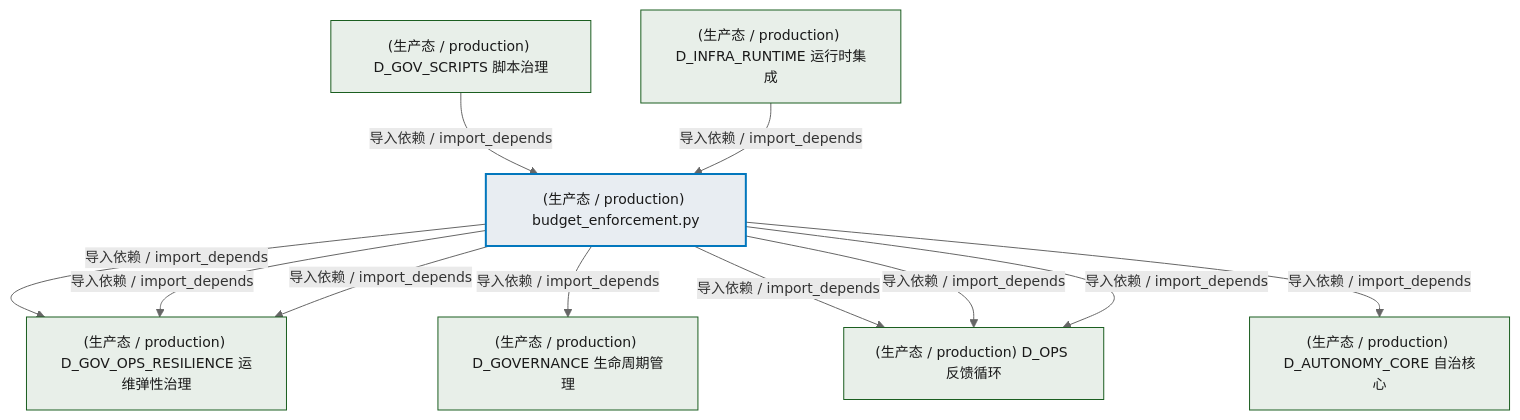
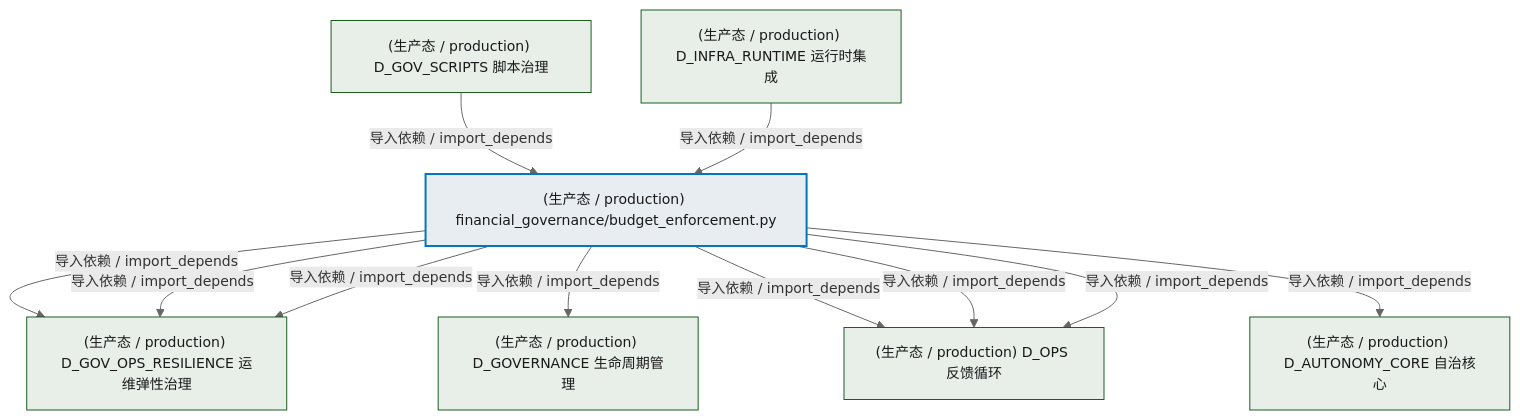
Before and after one commit to xuanFelixVan/ZephyrAlpha: the second of 3 diagrams in docs/02_enterprise_architecture/02_domain_architecture_docs/54_d_gov_repair.md, drawn with Mermaid. The commit also changed other lines of this file and 63 other files, not shown here.

````diff
--- a/docs/02_enterprise_architecture/02_domain_architecture_docs/54_d_gov_repair.md
+++ b/docs/02_enterprise_architecture/02_domain_architecture_docs/54_d_gov_repair.md
@@ -93,27 +93,27 @@
 ```mermaid
 %%{init: {'theme': 'base', 'themeVariables': {'primaryColor': '#eaeaea', 'primaryTextColor': '#333333', 'primaryBorderColor': '#666666', 'lineColor': '#666666', 'secondaryColor': '#eaeaea', 'tertiaryColor': '#eaeaea', 'fontSize': '14px'}}}%%
 flowchart TD
-    src_zephyr_governance_financial_governance_budget_enforcement_py["(生产态 / production) budget_enforcement.py"]
+    src_zephyr_governance_financial_governance_budget_enforcement_py["(生产态 / production) financial_governance/budget_enforcement.py"]
     D_GOV_OPS_RESILIENCE["(生产态 / production) D_GOV_OPS_RESILIENCE 运维弹性治理"]
     src_zephyr_governance_financial_governance_budget_enforcement_py -->|导入依赖 / import_depends| D_GOV_OPS_RESILIENCE
     D_GOVERNANCE["(生产态 / production) D_GOVERNANCE 生命周期管理"]
     src_zephyr_governance_financial_governance_budget_enforcement_py -->|导入依赖 / import_depends| D_GOVERNANCE
     src_zephyr_governance_financial_governance_budget_enforcement_py -->|导入依赖 / import_depends| D_GOV_OPS_RESILIENCE
     D_OPS["(生产态 / production) D_OPS 反馈循环"]
     src_zephyr_governance_financial_governance_budget_enforcement_py -->|导入依赖 / import_depends| D_OPS
     D_AUTONOMY_CORE["(生产态 / production) D_AUTONOMY_CORE 自治核心"]
     src_zephyr_governance_financial_governance_budget_enforcement_py -->|导入依赖 / import_depends| D_AUTONOMY_CORE
     src_zephyr_governance_financial_governance_budget_enforcement_py -->|导入依赖 / import_depends| D_OPS
     src_zephyr_governance_financial_governance_budget_enforcement_py -->|导入依赖 / import_depends| D_GOV_OPS_RESILIENCE
     src_zephyr_governance_financial_governance_budget_enforcement_py -->|导入依赖 / import_depends| D_OPS
     D_GOV_SCRIPTS["(生产态 / production) D_GOV_SCRIPTS 脚本治理"]
     D_GOV_SCRIPTS -->|导入依赖 / import_depends| src_zephyr_governance_financial_governance_budget_enforcement_py
     D_INFRA_RUNTIME["(生产态 / production) D_INFRA_RUNTIME 运行时集成"]
     D_INFRA_RUNTIME -->|导入依赖 / import_depends| src_zephyr_governance_financial_governance_budget_enforcement_py
     classDef production fill:#e8edf2,stroke:#0277bd,stroke-width:2px,color:#1a1a1a
     classDef design fill:#f0ebe3,stroke:#bf360c,stroke-width:2px,color:#1a1a1a,stroke-dasharray: 5 5
     classDef external_prod fill:#e8efe9,stroke:#1b5e20,stroke-width:1px,color:#1a1a1a
     classDef external_design fill:#efe5ea,stroke:#880e4f,stroke-width:1px,color:#1a1a1a,stroke-dasharray: 5 5
     class src_zephyr_governance_financial_governance_budget_enforcement_py production
     class D_GOV_OPS_RESILIENCE,D_GOVERNANCE,D_OPS,D_AUTONOMY_CORE,D_GOV_SCRIPTS,D_INFRA_RUNTIME external_prod
 ```
````
